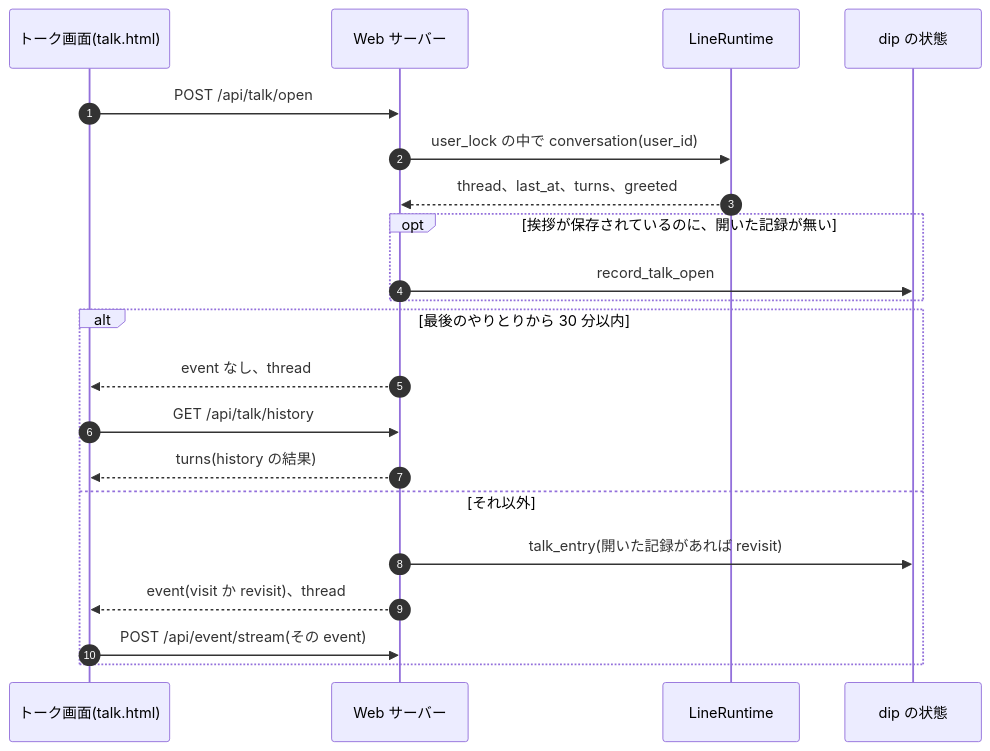
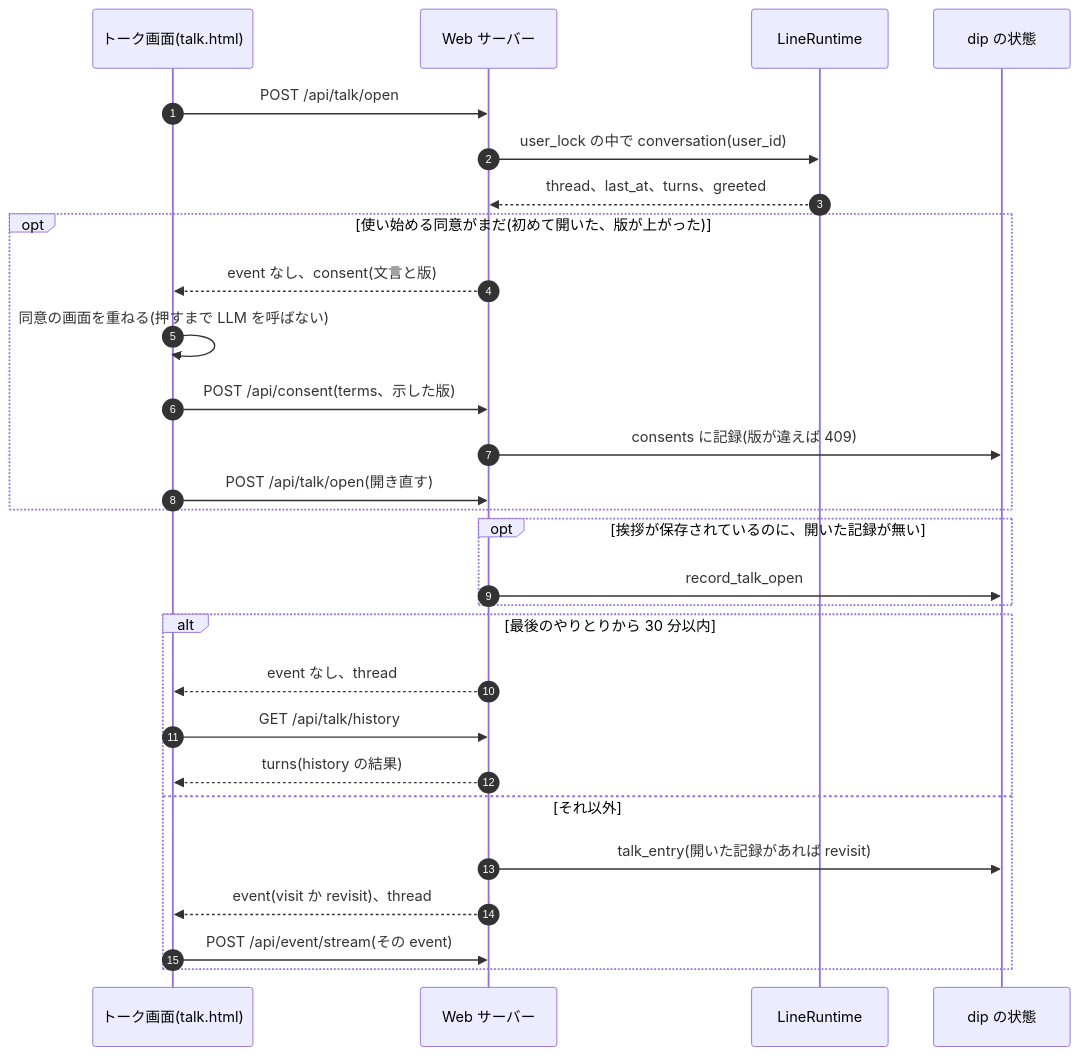
Before and after one commit to jyoka/aica: the sixth of 12 diagrams in docs/architecture/lld.md, drawn with Mermaid. The commit also changed other lines of this file and 15 other files, not shown here.

````diff
--- a/docs/architecture/lld.md
+++ b/docs/architecture/lld.md
@@ -693,24 +702,31 @@
 ```mermaid
 sequenceDiagram
     autonumber
     participant P as トーク画面(talk.html)
     participant S as Web サーバー
     participant R as LineRuntime
     participant D as dip の状態
 
     P->>S: POST /api/talk/open
     S->>R: user_lock の中で conversation(user_id)
     R-->>S: thread、last_at、turns、greeted
+    opt 使い始める同意がまだ(初めて開いた、版が上がった)
+        S-->>P: event なし、consent(文言と版)
+        P->>P: 同意の画面を重ねる(押すまで LLM を呼ばない)
+        P->>S: POST /api/consent(terms、示した版)
+        S->>D: consents に記録(版が違えば 409)
+        P->>S: POST /api/talk/open(開き直す)
+    end
     opt 挨拶が保存されているのに、開いた記録が無い
         S->>D: record_talk_open
     end
     alt 最後のやりとりから 30 分以内
         S-->>P: event なし、thread
         P->>S: GET /api/talk/history
         S-->>P: turns(history の結果)
     else それ以外
         S->>D: talk_entry(開いた記録があれば revisit)
         S-->>P: event(visit か revisit)、thread
         P->>S: POST /api/event/stream(その event)
     end
 ```
````
